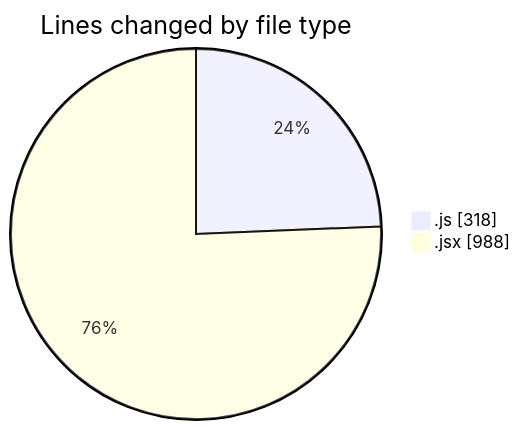
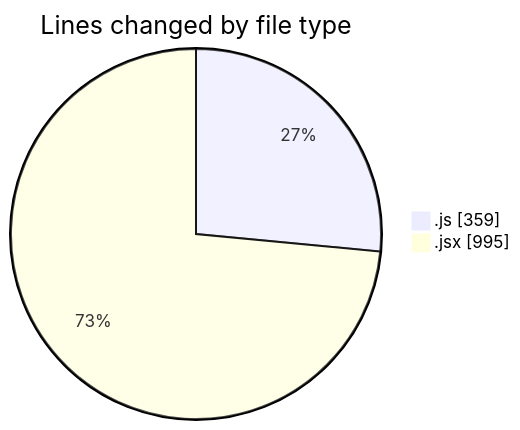
The first of 2 diagrams in 2025-11-12/argos/README.md (nxtqubesakshisongat/code-tracking), drawn with Mermaid before and after one commit. The commit also changed other lines of this file and 1 other file, not shown here.

````diff
--- a/2025-11-12/argos/README.md
+++ b/2025-11-12/argos/README.md
@@ -22,6 +22,6 @@
 ```mermaid
 pie showData
 title Lines changed by file type
-".js" : 318
-".jsx" : 988
+".js" : 359
+".jsx" : 995
 ```
````
